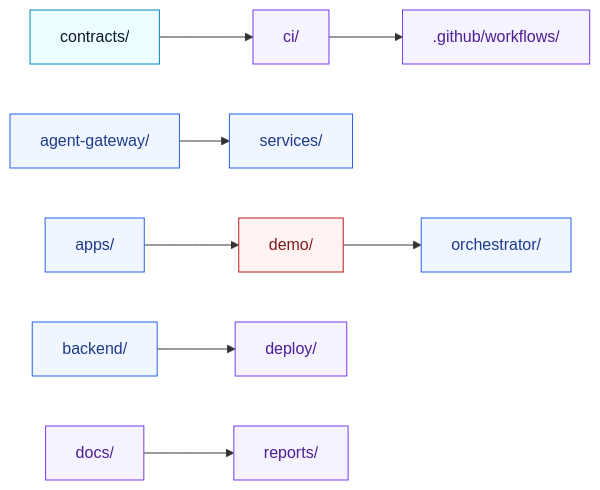
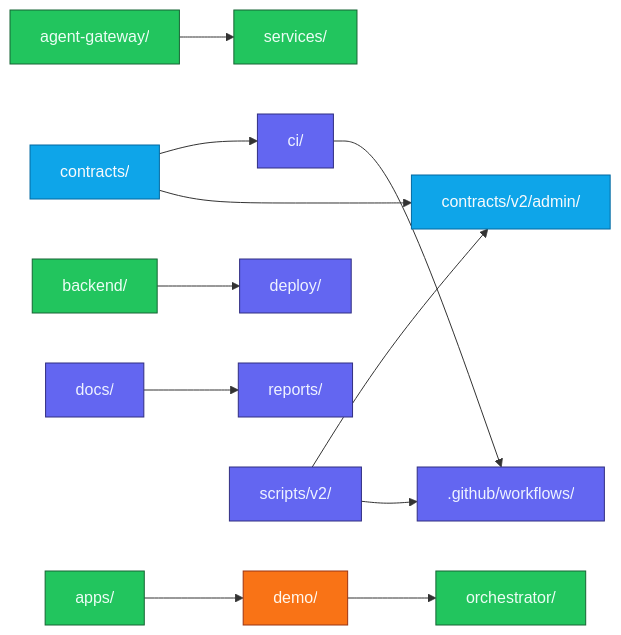
The second of 11 diagrams in README.md (MontrealAI/AGIJobsv0), drawn with Mermaid before and after one commit. The commit also changed other lines of this file and 2 other files, not shown here.

````diff
--- a/README.md
+++ b/README.md
@@ -117,15 +117,18 @@
 ```mermaid
 flowchart LR
-    classDef core fill:#ecfeff,stroke:#0284c7,color:#0f172a,stroke-width:1px;
-    classDef ops fill:#f5f3ff,stroke:#7c3aed,color:#4c1d95,stroke-width:1px;
-    classDef demos fill:#fef2f2,stroke:#b91c1c,color:#7f1d1d,stroke-width:1px;
-    classDef svc fill:#eff6ff,stroke:#2563eb,color:#1e3a8a,stroke-width:1px;
+    classDef core fill:#0ea5e9,stroke:#0369a1,color:#f8fafc,stroke-width:1px;
+    classDef ops fill:#6366f1,stroke:#312e81,color:#eef2ff,stroke-width:1px;
+    classDef demos fill:#f97316,stroke:#9a3412,color:#fff7ed,stroke-width:1px;
+    classDef svc fill:#22c55e,stroke:#166534,color:#ecfdf5,stroke-width:1px;
 
     contracts[contracts/]:::core --> ci[ci/]:::ops
+    contracts --> contractsOwner[contracts/v2/admin/]:::core
     agentGateway[agent-gateway/]:::svc --> services[services/]:::svc
     apps[apps/]:::svc --> demos[demo/]:::demos
     backend[backend/]:::svc --> deploy[deploy/]:::ops
     docs[docs/]:::ops --> reports[reports/]:::ops
-    ci --> .github[.github/workflows/]:::ops
+    ci --> workflows[.github/workflows/]:::ops
     demos --> orchestrator[orchestrator/]:::svc
+    ownerScripts[scripts/v2/]:::ops --> contractsOwner
+    ownerScripts --> workflows
 ```
````
